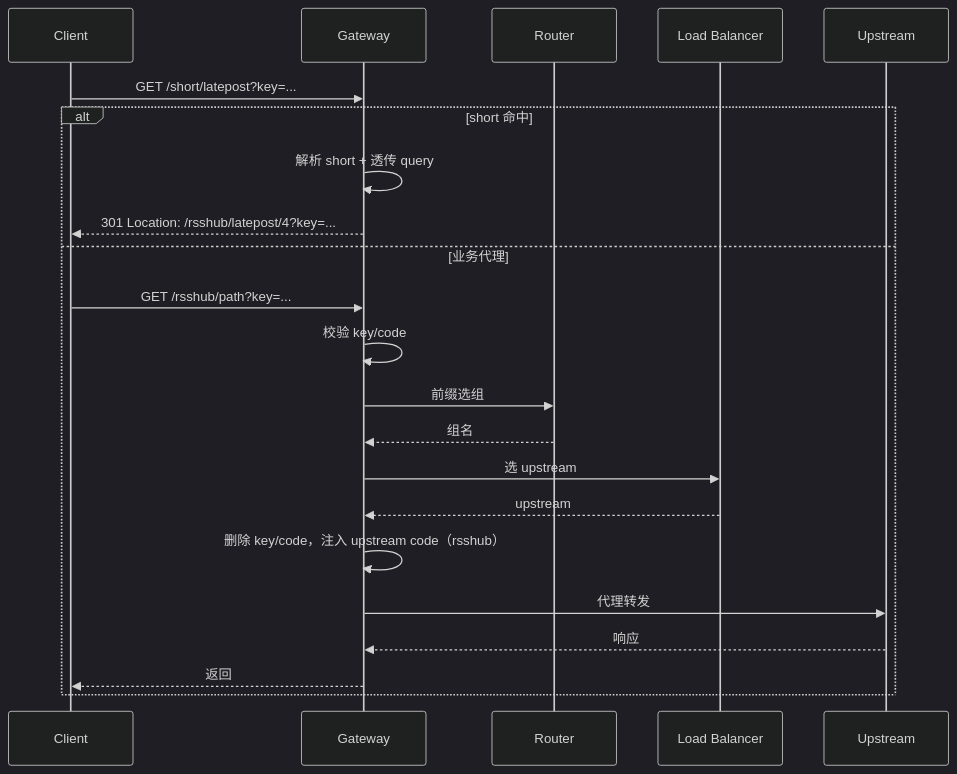
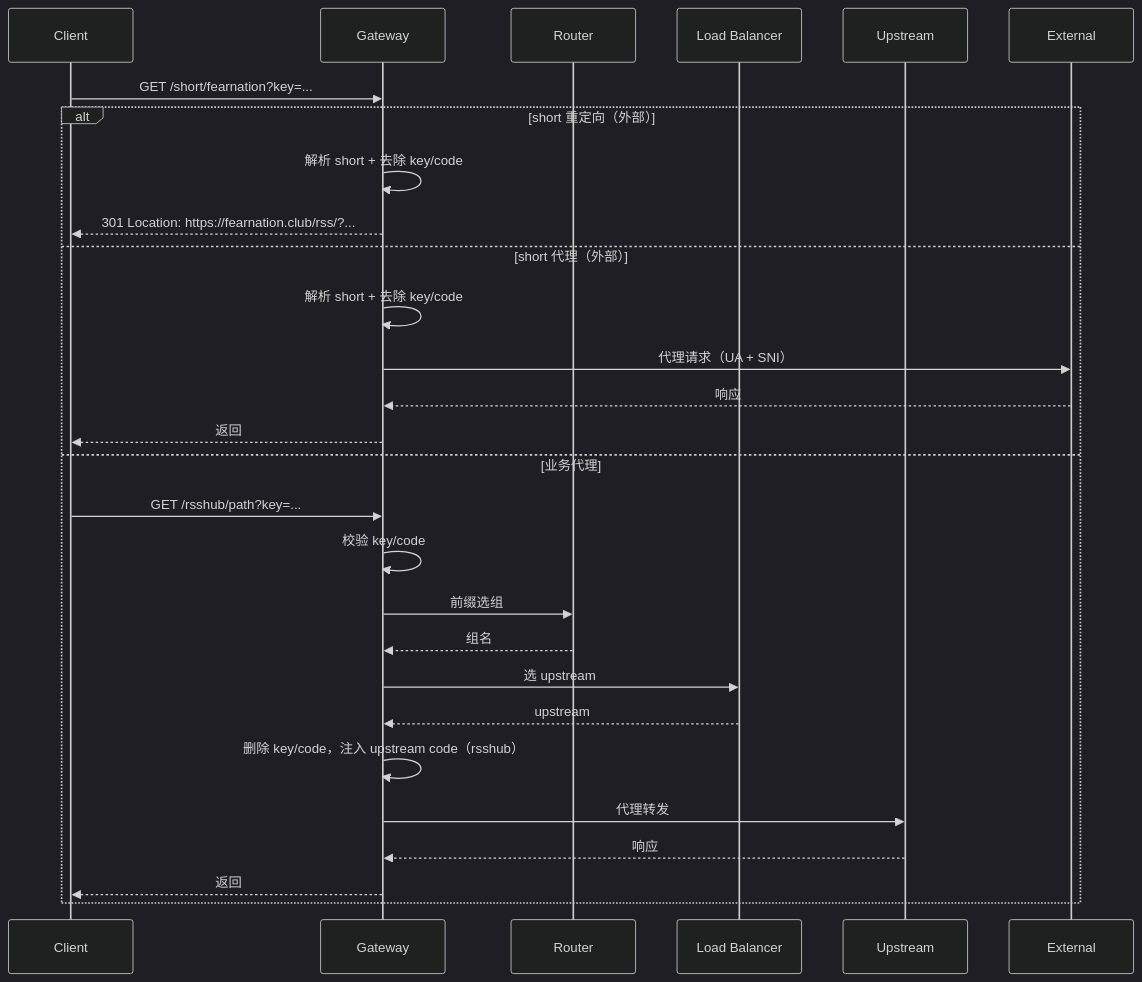
The second of 2 diagrams in README_zh.md (nerdneilsfield/RSSHub-Gateway), drawn with Mermaid (dark theme) before and after one commit. The commit also changed other lines of this file and 1 other file, not shown here.

Commit message:
docs: refresh architecture diagrams

````diff
--- a/README_zh.md
+++ b/README_zh.md
@@ -57,25 +60,31 @@
 ```mermaid
 sequenceDiagram
     participant C as Client
     participant G as Gateway
     participant R as Router
     participant LB as Load Balancer
     participant U as Upstream
+    participant E as External
 
-    C->>G: GET /short/latepost?key=...
-    alt short 命中
-        G->>G: 解析 short + 透传 query
-        G-->>C: 301 Location: /rsshub/latepost/4?key=...
+    C->>G: GET /short/fearnation?key=...
+    alt short 重定向（外部）
+        G->>G: 解析 short + 去除 key/code
+        G-->>C: 301 Location: https://fearnation.club/rss/?...
+    else short 代理（外部）
+        G->>G: 解析 short + 去除 key/code
+        G->>E: 代理请求（UA + SNI）
+        E-->>G: 响应
+        G-->>C: 返回
     else 业务代理
         C->>G: GET /rsshub/path?key=...
         G->>G: 校验 key/code
         G->>R: 前缀选组
         R-->>G: 组名
         G->>LB: 选 upstream
         LB-->>G: upstream
         G->>G: 删除 key/code，注入 upstream code（rsshub）
         G->>U: 代理转发
         U-->>G: 响应
         G-->>C: 返回
     end
 ```
````
